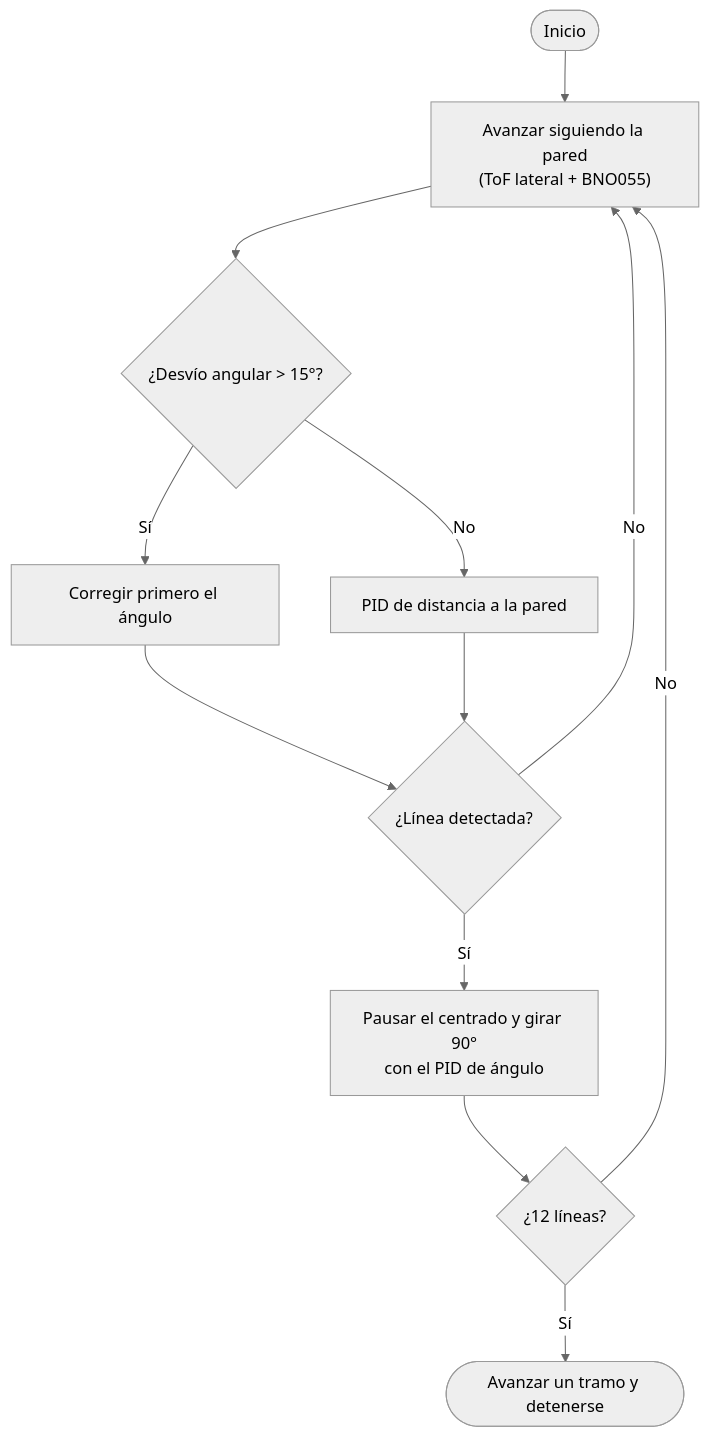
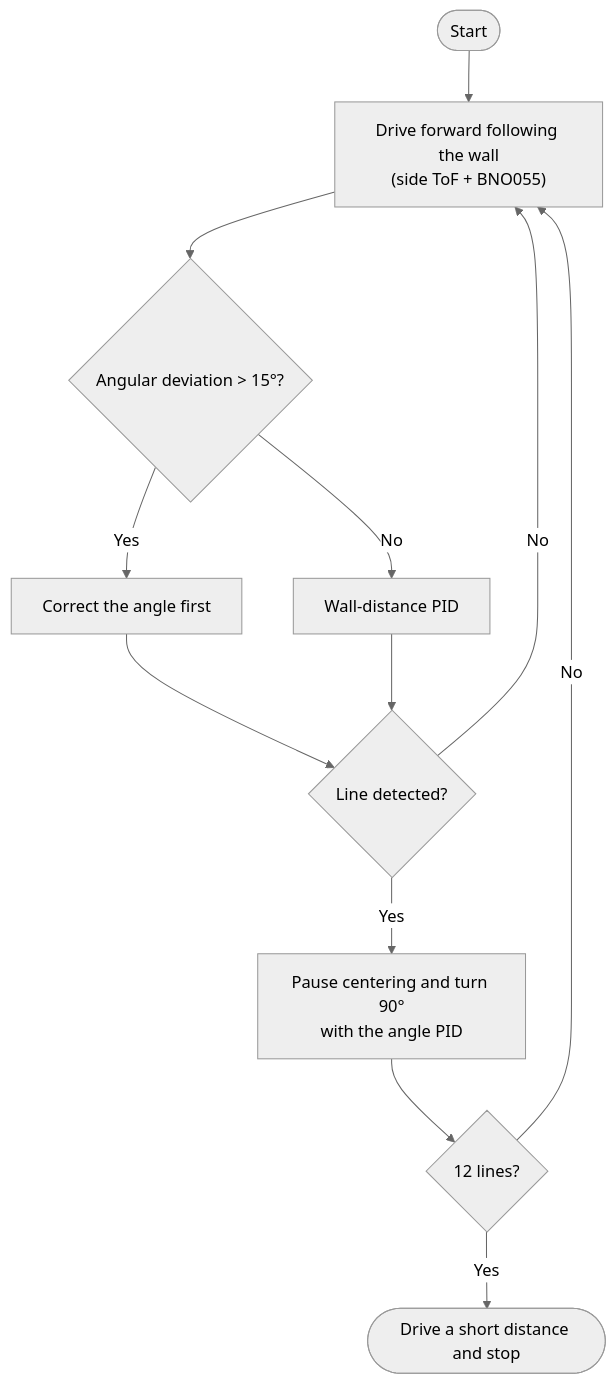
Diagram 13 of 18 in README.md (erchivox/Prometheus-Team-2026), drawn with Mermaid (neutral theme) before and after one commit. The commit also changed other lines of this file and 8 other files, not shown here.

````diff
--- a/README.md
+++ b/README.md
@@ -1677,14 +1677,14 @@
 ```mermaid
 flowchart TD
-    A(["Inicio"]) --> B["Avanzar siguiendo la pared<br/>(ToF lateral + BNO055)"]
-    B --> C{"¿Desvío angular > 15°?"}
-    C -- Sí --> D["Corregir primero el ángulo"]
-    C -- No --> E["PID de distancia a la pared"]
-    D --> F{"¿Línea detectada?"}
+    A(["Start"]) --> B["Drive forward following the wall<br/>(side ToF + BNO055)"]
+    B --> C{"Angular deviation > 15°?"}
+    C -- Yes --> D["Correct the angle first"]
+    C -- No --> E["Wall-distance PID"]
+    D --> F{"Line detected?"}
     E --> F
     F -- No --> B
-    F -- Sí --> G["Pausar el centrado y girar 90°<br/>con el PID de ángulo"]
-    G --> H{"¿12 líneas?"}
+    F -- Yes --> G["Pause centering and turn 90°<br/>with the angle PID"]
+    G --> H{"12 lines?"}
     H -- No --> B
-    H -- Sí --> I(["Avanzar un tramo y detenerse"])
+    H -- Yes --> I(["Drive a short distance and stop"])
 ```
````
